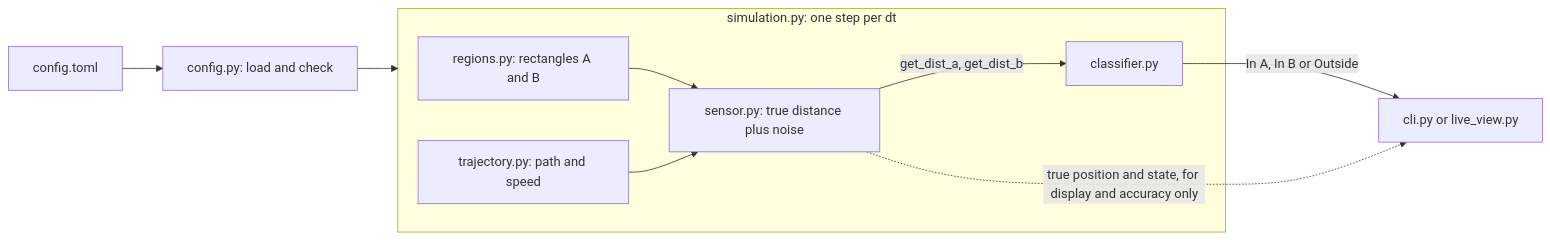
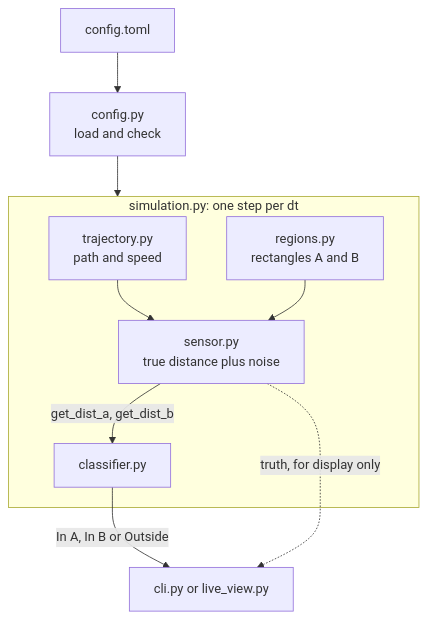
The first of 2 diagrams in README.md (evg-g/region-presence), drawn with Mermaid before and after one commit. The commit also changed other lines of this file, not shown here.

First line of the commit message:
README: make the two diagrams readable

````diff
--- a/README.md
+++ b/README.md
@@ -93,12 +93,12 @@
 ```mermaid
-flowchart LR
-  TOML[config.toml] --> CFG[config.py: load and check]
+flowchart TB
+  TOML[config.toml] --> CFG["config.py<br/>load and check"]
   CFG --> SIM
-  subgraph SIM[simulation.py: one step per dt]
-    REG[regions.py: rectangles A and B] --> SEN[sensor.py: true distance plus noise]
-    PATH[trajectory.py: path and speed] --> SEN
-    SEN -->|get_dist_a, get_dist_b| CLF[classifier.py]
+  subgraph SIM["simulation.py: one step per dt"]
+    PATH["trajectory.py<br/>path and speed"] --> SEN["sensor.py<br/>true distance plus noise"]
+    REG["regions.py<br/>rectangles A and B"] --> SEN
+    SEN -->|"get_dist_a, get_dist_b"| CLF[classifier.py]
   end
-  CLF -->|In A, In B or Outside| OUT[cli.py or live_view.py]
-  SEN -.->|true position and state, for display and accuracy only| OUT
+  CLF -->|"In A, In B or Outside"| OUT["cli.py or live_view.py"]
+  SEN -.->|"truth, for display only"| OUT
 ```
````
